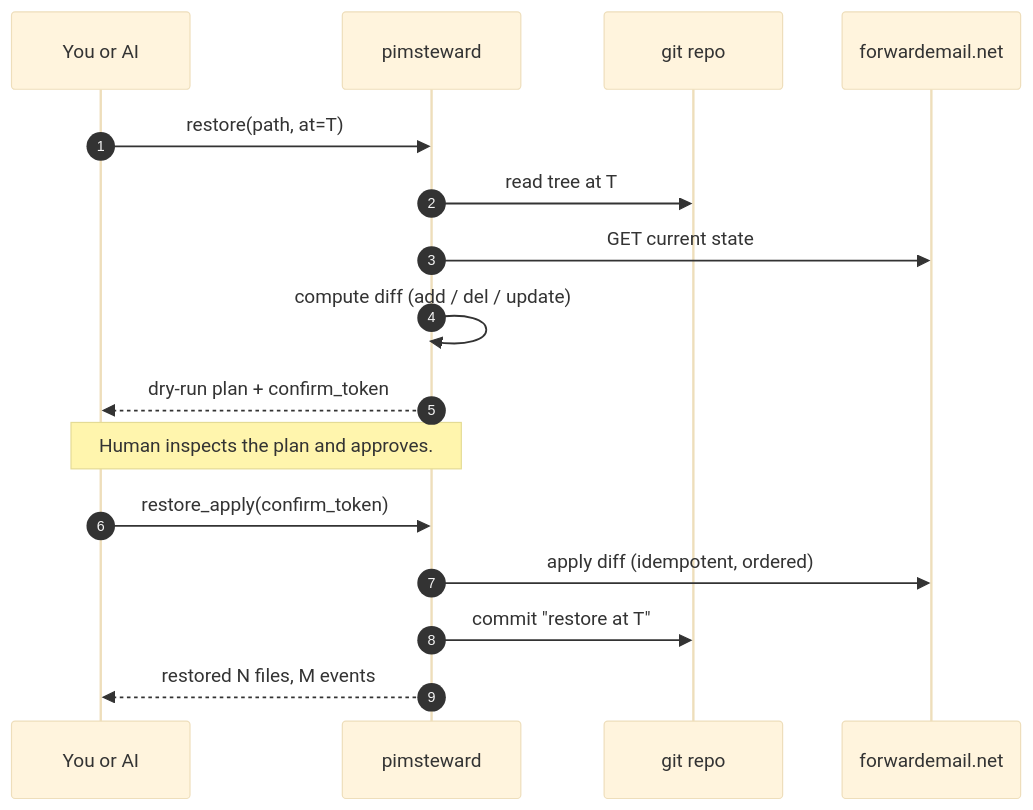
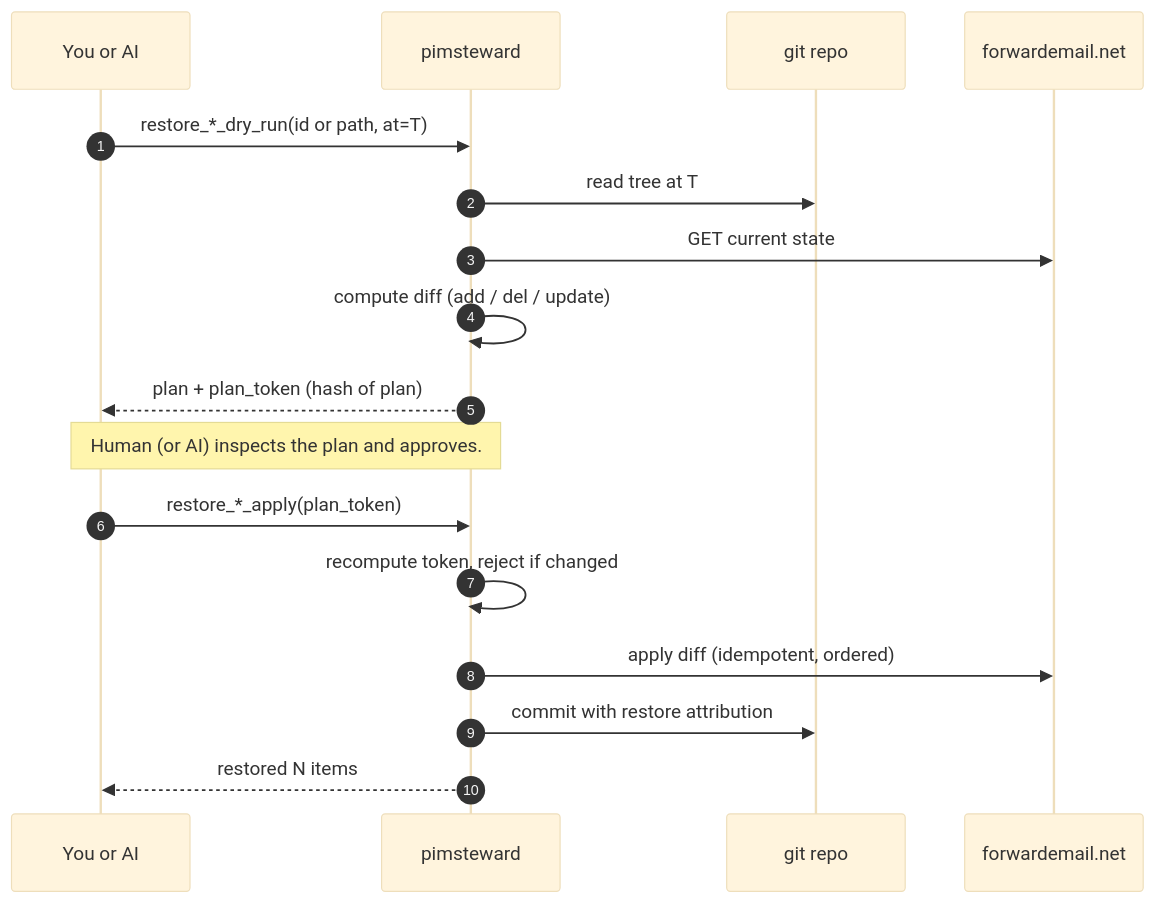
Before and after one commit to dcardamo/pimsteward: the third of 3 diagrams in README.md, drawn with Mermaid (base theme). The commit also changed other lines of this file, not shown here.

````diff
--- a/README.md
+++ b/README.md
@@ -269,19 +278,20 @@
 ```mermaid
 sequenceDiagram
     autonumber
     participant U as You or AI
     participant MCP as pimsteward
     participant G as git repo
     participant FE as forwardemail.net
 
-    U->>MCP: restore(path, at=T)
+    U->>MCP: restore_*_dry_run(id or path, at=T)
     MCP->>G: read tree at T
     MCP->>FE: GET current state
     MCP->>MCP: compute diff (add / del / update)
-    MCP-->>U: dry-run plan + confirm_token
-    Note over U,MCP: Human inspects the plan and approves.
-    U->>MCP: restore_apply(confirm_token)
+    MCP-->>U: plan + plan_token (hash of plan)
+    Note over U,MCP: Human (or AI) inspects the plan and approves.
+    U->>MCP: restore_*_apply(plan_token)
+    MCP->>MCP: recompute token, reject if changed
     MCP->>FE: apply diff (idempotent, ordered)
-    MCP->>G: commit "restore at T"
-    MCP-->>U: restored N files, M events
+    MCP->>G: commit with restore attribution
+    MCP-->>U: restored N items
 ```
````
